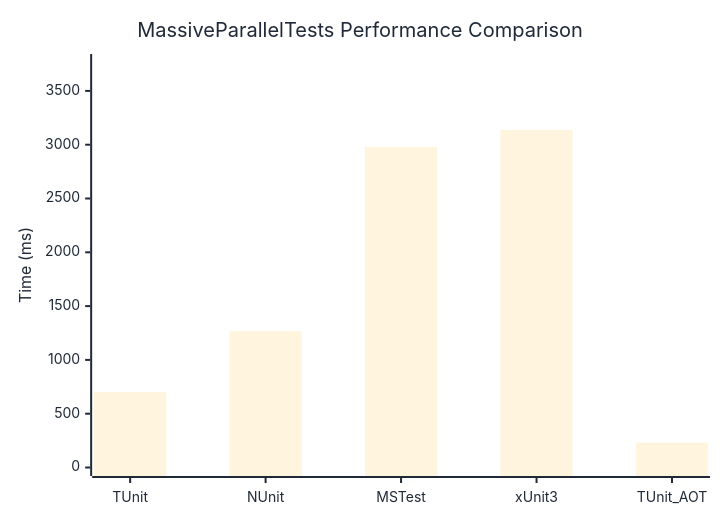
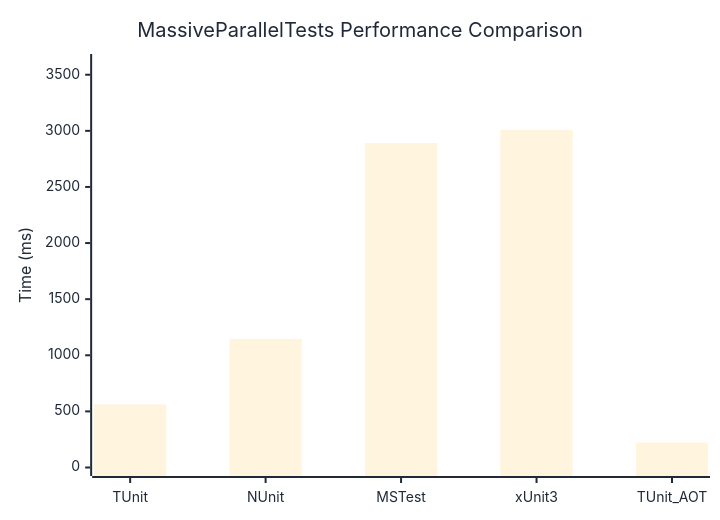
The diagram in docs/docs/benchmarks/MassiveParallelTests.md (thomhurst/TUnit), drawn with Mermaid before and after one commit. The commit also changed other lines of this file and 17 other files, not shown here.

````diff
--- a/docs/docs/benchmarks/MassiveParallelTests.md
+++ b/docs/docs/benchmarks/MassiveParallelTests.md
@@ -27,37 +27,37 @@
 ```mermaid
 %%{init: {
   'theme':'base',
   'themeVariables': {
     'primaryColor': '#2563eb',
     'primaryTextColor': '#1f2937',
     'primaryBorderColor': '#1e40af',
     'lineColor': '#6b7280',
     'secondaryColor': '#7c3aed',
     'tertiaryColor': '#dc2626',
     'background': '#ffffff',
     'mainBkg': '#2563eb',
     'secondBkg': '#7c3aed',
     'tertiaryBkg': '#dc2626',
     'clusterBkg': '#f3f4f6',
     'edgeLabelBackground': '#ffffff',
     'tertiaryTextColor': '#1f2937',
     'pie1': '#2563eb',
     'pie2': '#7c3aed',
     'pie3': '#dc2626',
     'pie4': '#f59e0b',
     'pie5': '#10b981',
     'pie6': '#06b6d4',
     'pie7': '#ec4899',
     'pie8': '#6366f1',
     'pie9': '#84cc16',
     'pie10': '#f97316',
     'pie11': '#14b8a6',
     'pie12': '#a855f7'
   }
 }}%%
 xychart-beta
   title "MassiveParallelTests Performance Comparison"
   x-axis ["TUnit", "NUnit", "MSTest", "xUnit3", "TUnit_AOT"]
-  y-axis "Time (ms)" 0 --> 3764
-  bar [700.9, 1266.6, 2978.8, 3136.1, 231.1]
+  y-axis "Time (ms)" 0 --> 3609
+  bar [562.3, 1146.3, 2891.2, 3007.5, 222.8]
 ```
````
